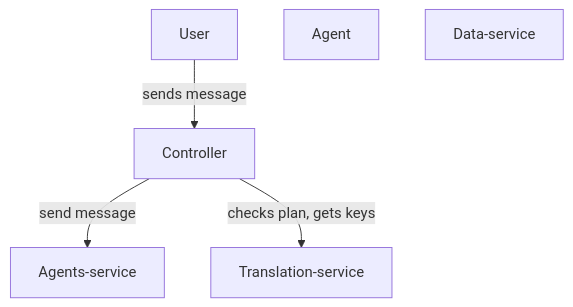
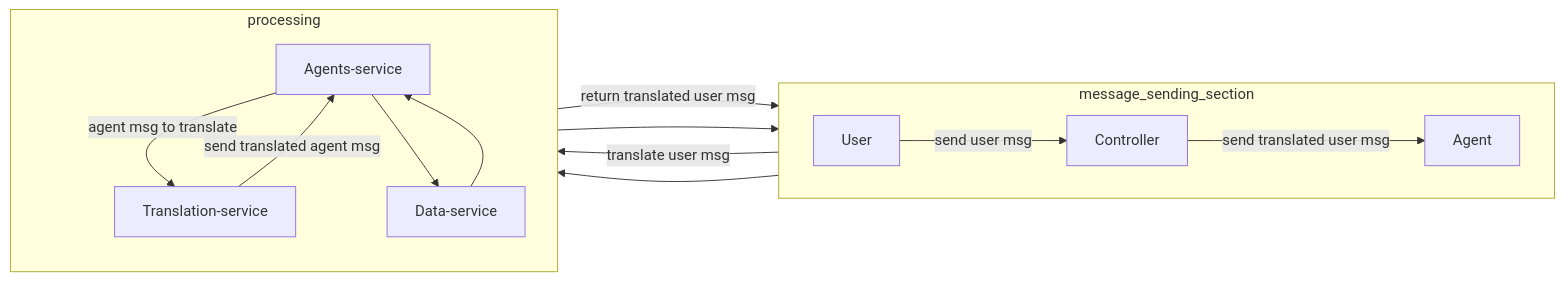
Before and after one commit to daattali/beautiful-jekyll: the diagram in _drafts/work_demos/translation demo.md, drawn with Mermaid. The commit also changed other lines of this file and 4 other files, not shown here.

````diff
--- a/_drafts/work_demos/translation demo.md
+++ b/_drafts/work_demos/translation demo.md
@@ -1,13 +1,28 @@
 ```mermaid
-graph TD
-	id1[User]
-	id2[Agent]
-	id3[Agents-service]
-	id4[Translation-service]
-	id5[Controller]
-	id6[Data-service]
+graph LR
+id1[User]
+id2[Agent]
+id3[Agents-service]
+id4[Translation-service]
+id5[Controller]
+id6[Data-service]
 
-	id1-->|sends message|id5
-	id5-->|send message|id3
-	id5-->|checks plan, gets keys|id4
+subgraph message_sending_section
+direction LR
+id1-->|send user msg|id5
+id5-->|send translated user msg|id2
+end
+
+subgraph processing
+direction TB
+id5-->|translate user msg|id4
+id4-->|return translated user msg|id5
+id4-->|send translated agent msg|id3
+id3-->|agent msg to translate|id4
+id3-->id5
+id2-->id3
+id3-->id6
+id6-->id3
+end
+
 ```
````
